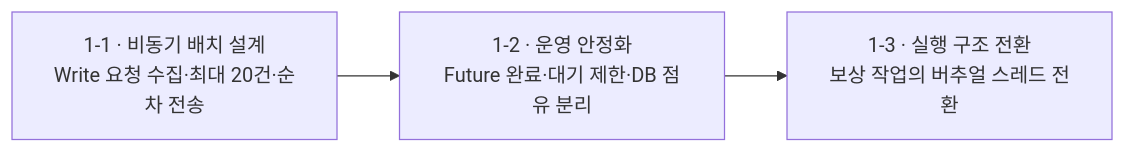
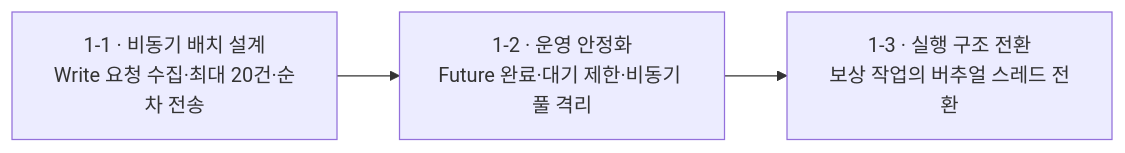
Before and after one commit to ahncho8880/ahncho8880.github.io: the diagram in assets/diagrams/source/diagram-01.mmd, drawn with Mermaid. The commit also changed 4 other files, not shown here.

```diff
--- a/assets/diagrams/source/diagram-01.mmd
+++ b/assets/diagrams/source/diagram-01.mmd
@@ -1,3 +1,3 @@
 flowchart LR
-    A["1-1 · 비동기 배치 설계<br/>Write 요청 수집·최대 20건·순차 전송"] --> B["1-2 · 운영 안정화<br/>Future 완료·대기 제한·DB 점유 분리"]
+    A["1-1 · 비동기 배치 설계<br/>Write 요청 수집·최대 20건·순차 전송"] --> B["1-2 · 운영 안정화<br/>Future 완료·대기 제한·비동기 풀 격리"]
     B --> C["1-3 · 실행 구조 전환<br/>보상 작업의 버추얼 스레드 전환"]
```
